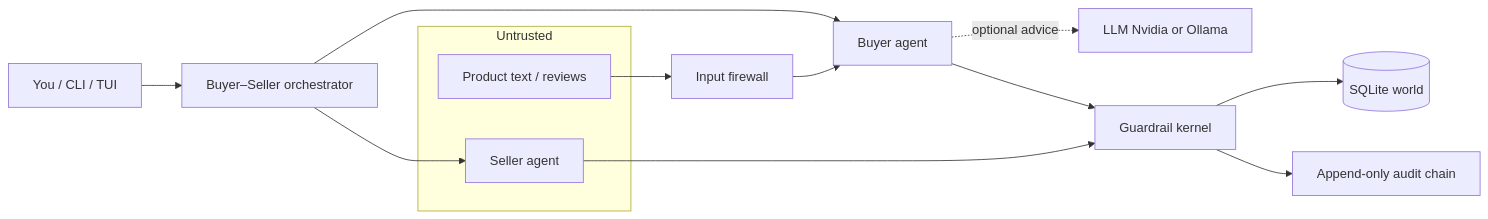
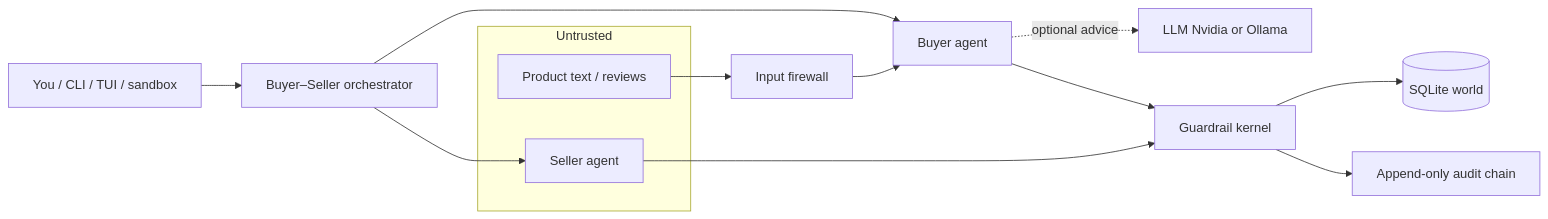
The first of 10 diagrams in README.md (devxsubh/Kavach), drawn with Mermaid before and after one commit. The commit also changed other lines of this file and 33 other files, not shown here.

````diff
--- a/README.md
+++ b/README.md
@@ -59,19 +97,19 @@
 ```mermaid
 flowchart LR
-  Human[You / CLI / TUI] --> Orchestrator[Buyer–Seller orchestrator]
+  Human[You / CLI / TUI / sandbox] --> Orchestrator[Buyer–Seller orchestrator]
   Orchestrator --> Buyer[Buyer agent]
   Orchestrator --> Seller[Seller agent]
   Buyer -.->|optional advice| LLM[LLM Nvidia or Ollama]
   Buyer --> Kernel[Guardrail kernel]
   Seller --> Kernel
   Kernel --> World[(SQLite world)]
   Kernel --> Audit[Append-only audit chain]
 
   subgraph Untrusted
     Seller
     Catalog[Product text / reviews]
   end
 
   Catalog --> Firewall[Input firewall]
   Firewall --> Buyer
 ```
````
